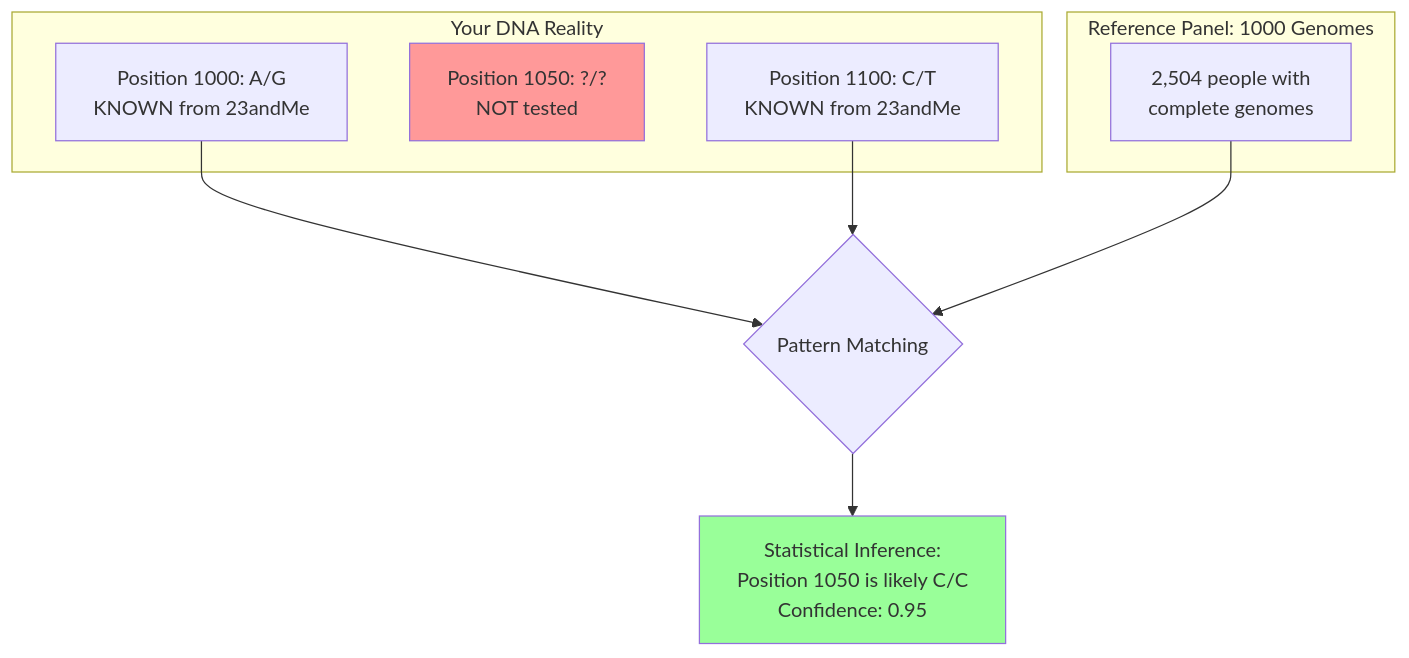
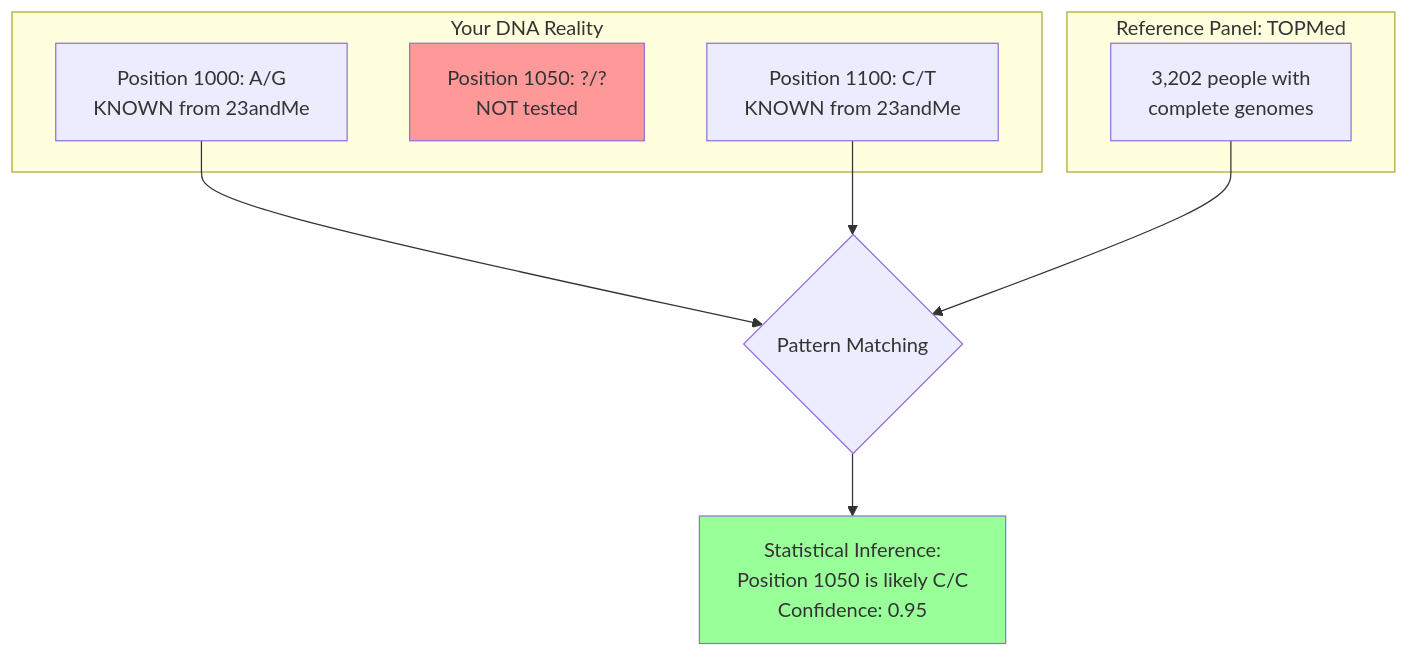
One commit to techninja/asili-lab changed the first of 6 diagrams in docs/IMPUTATION_ARCHITECTURE.md. Above: the diagram before and after it, drawn with Mermaid. The commit also changed other lines of this file and 34 other files, not shown here.

````diff
--- a/docs/IMPUTATION_ARCHITECTURE.md
+++ b/docs/IMPUTATION_ARCHITECTURE.md
@@ -14,21 +14,21 @@
 ```mermaid
 graph TB
     subgraph "Your DNA Reality"
         A[Position 1000: A/G<br/>KNOWN from 23andMe]
         B[Position 1050: ?/?<br/>NOT tested]
         C[Position 1100: C/T<br/>KNOWN from 23andMe]
     end
 
-    subgraph "Reference Panel: 1000 Genomes"
-        D[2,504 people with<br/>complete genomes]
+    subgraph "Reference Panel: TOPMed"
+        D[3,202 people with<br/>complete genomes]
     end
 
     A --> E{Pattern Matching}
     C --> E
     D --> E
 
     E --> F[Statistical Inference:<br/>Position 1050 is likely C/C<br/>Confidence: 0.95]
 
     style B fill:#ff9999
     style F fill:#99ff99
 ```
````
